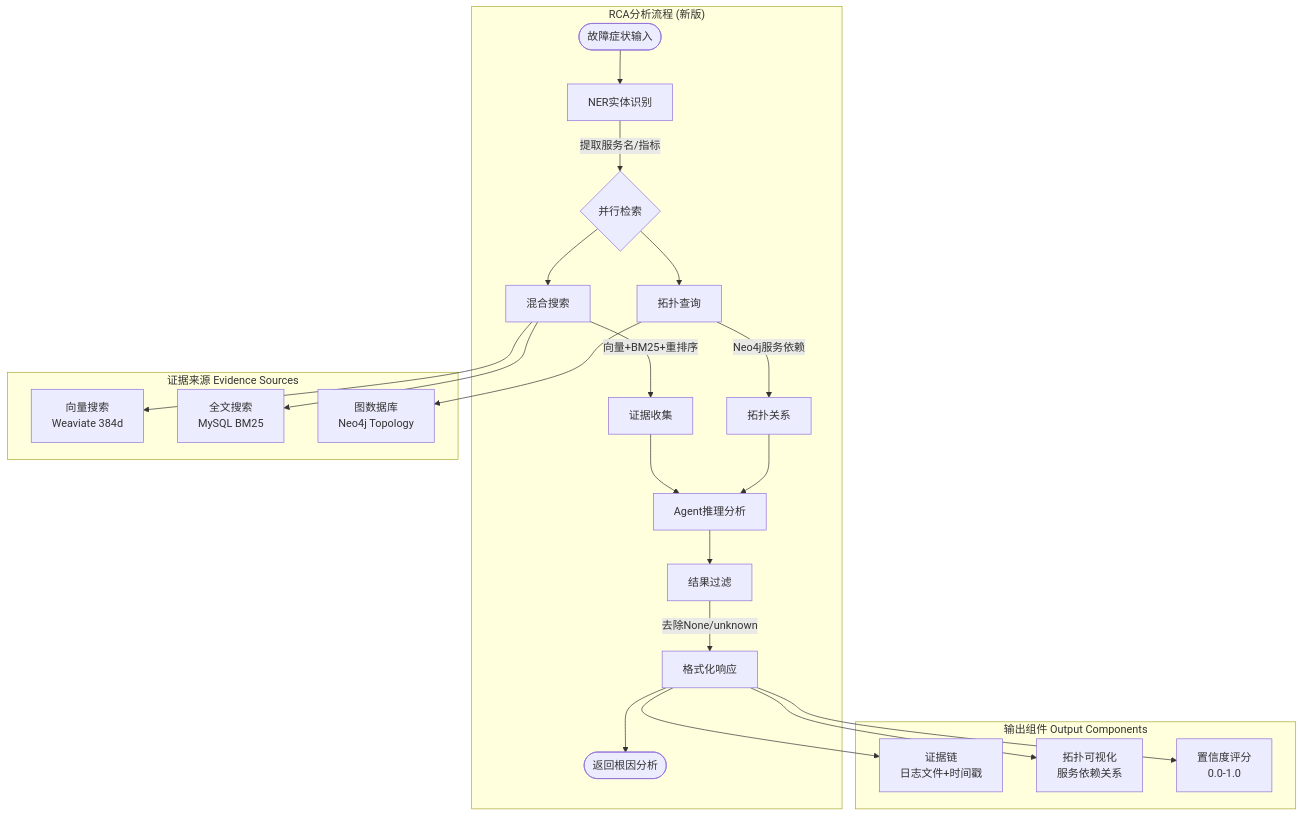
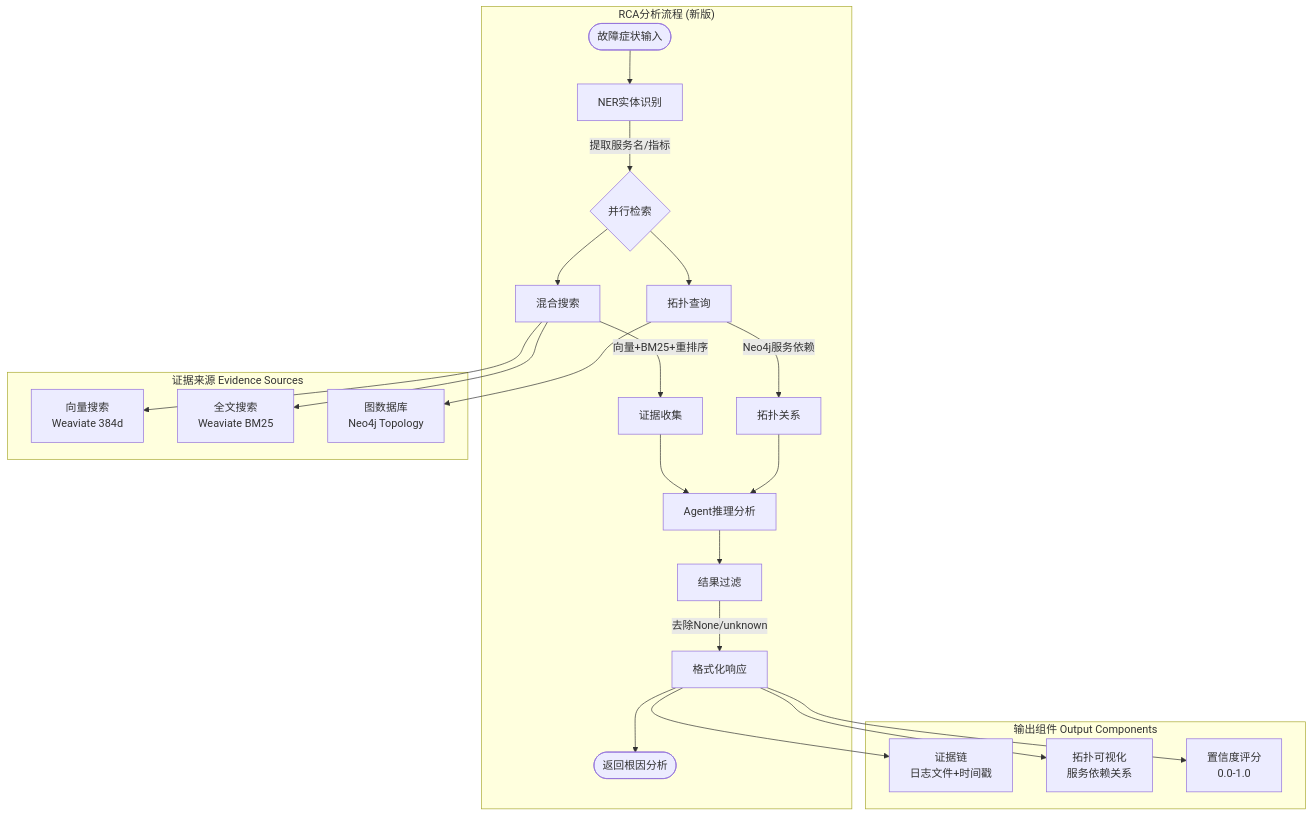
One commit to pkusnail/AIOpsPolaris changed the sixth of 7 diagrams in docs/system-interaction-flow.md. Above: the diagram before and after it, drawn with Mermaid. The commit also changed other lines of this file and 4 other files, not shown here.

First line of the commit message:
fix(docs): correct Weaviate BM25 implementation and complete Collection schemas

````diff
--- a/docs/system-interaction-flow.md
+++ b/docs/system-interaction-flow.md
@@ -384,32 +384,32 @@
 ```mermaid
 graph TB
     subgraph "RCA分析流程 (新版)"
         Start([故障症状输入]) --> NER[NER实体识别]
         NER --> |提取服务名/指标| Parallel{并行检索}
         
         Parallel --> HybridSearch[混合搜索]
         Parallel --> TopoQuery[拓扑查询]
         
         HybridSearch --> |向量+BM25+重排序| Evidence[证据收集]
         TopoQuery --> |Neo4j服务依赖| Topology[拓扑关系]
         
         Evidence --> Analysis[Agent推理分析]
         Topology --> Analysis
         
         Analysis --> Filter[结果过滤]
         Filter --> |去除None/unknown| Response[格式化响应]
         Response --> End([返回根因分析])
     end
     
     subgraph "证据来源 Evidence Sources"
         HybridSearch --> Vector[向量搜索<br/>Weaviate 384d]
-        HybridSearch --> BM25[全文搜索<br/>MySQL BM25]
+        HybridSearch --> BM25[全文搜索<br/>Weaviate BM25]
         TopoQuery --> Neo4j[图数据库<br/>Neo4j Topology]
     end
     
     subgraph "输出组件 Output Components"
         Response --> EvidenceChain[证据链<br/>日志文件+时间戳]
         Response --> TopologyViz[拓扑可视化<br/>服务依赖关系]
         Response --> ConfidenceScore[置信度评分<br/>0.0-1.0]
     end
 ```
````
